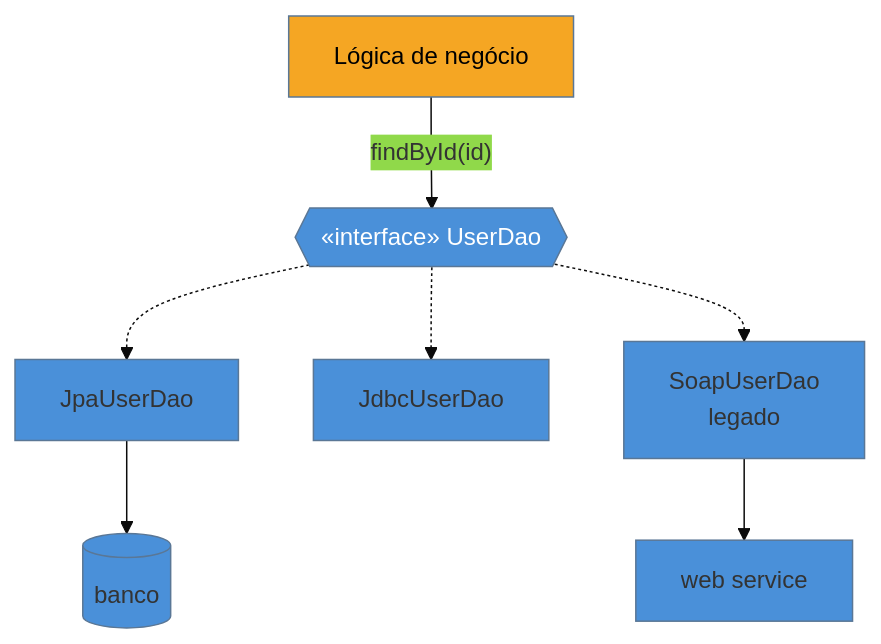
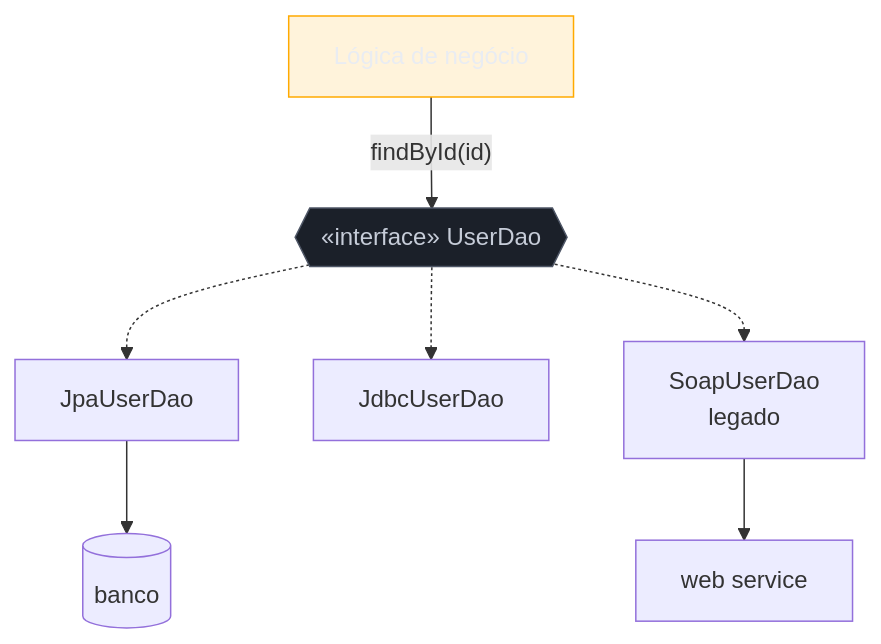
One commit to josenaldo/codex-technomanticus changed the diagram in 03-Dominios/Engenharia/Design de Software/Padrões de Projeto/Acesso a Dados/05 - DAO (Data Access Object).md. Above: the diagram before and after it, drawn with Mermaid. The commit also changed 1181 other files, not shown here.

First line of the commit message:
fix(diagramas): paleta do sistema no lugar de cor cravada no markdown

````diff
--- a/03-Dominios/Engenharia/Design de Software/Padrões de Projeto/Acesso a Dados/05 - DAO (Data Access Object).md
+++ b/03-Dominios/Engenharia/Design de Software/Padrões de Projeto/Acesso a Dados/05 - DAO (Data Access Object).md
@@ -34,13 +34,14 @@
 ```mermaid
-%%{init: {"theme": "base", "themeVariables": {"primaryColor": "#4A90D9"}}}%%
 graph TD
+    classDef neutro fill:#1B2029,stroke:#4E5666,color:#C6CCD8
+    classDef destaque fill:#FFAA0024,stroke:#FFAA00,color:#E9ECF2
     S["Lógica de negócio"] -->|"findById(id)"| I{{"«interface» UserDao"}}
     I -.-> J[JpaUserDao]
     I -.-> Jd[JdbcUserDao]
     I -.-> W[SoapUserDao<br/>legado]
     J --> DB[(banco)]
     W --> WS[web service]
 
-    style I fill:#4A90D9,color:#fff
-    style S fill:#F5A623,color:#000
+    class I neutro
+    class S destaque
 ```
````
